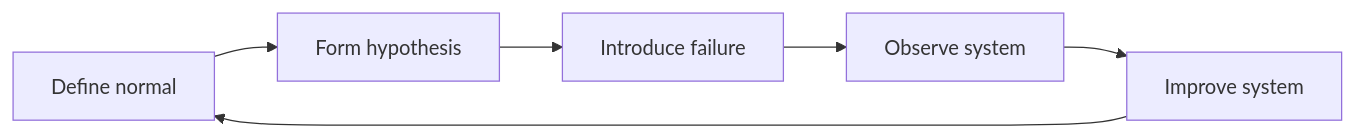
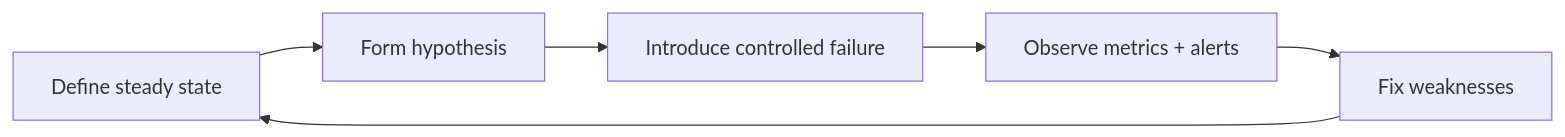
Diagram 19 of 21 in 12-reliability-engineering/README.md (hareramcse/SystemDesign), drawn with Mermaid before and after one commit. The commit also changed other lines of this file, not shown here.

````diff
--- a/12-reliability-engineering/README.md
+++ b/12-reliability-engineering/README.md
@@ -1322,8 +1118,8 @@
 ```mermaid
 flowchart LR
-    Normal[Define normal] --> Hyp[Form hypothesis]
-    Hyp --> Inject[Introduce failure]
-    Inject --> Observe[Observe system]
-    Observe --> Improve[Improve system]
-    Improve --> Normal
+    Steady[Define steady state] --> Hyp[Form hypothesis]
+    Hyp --> Inject[Introduce controlled failure]
+    Inject --> Observe[Observe metrics + alerts]
+    Observe --> Improve[Fix weaknesses]
+    Improve --> Steady
 ```
````
